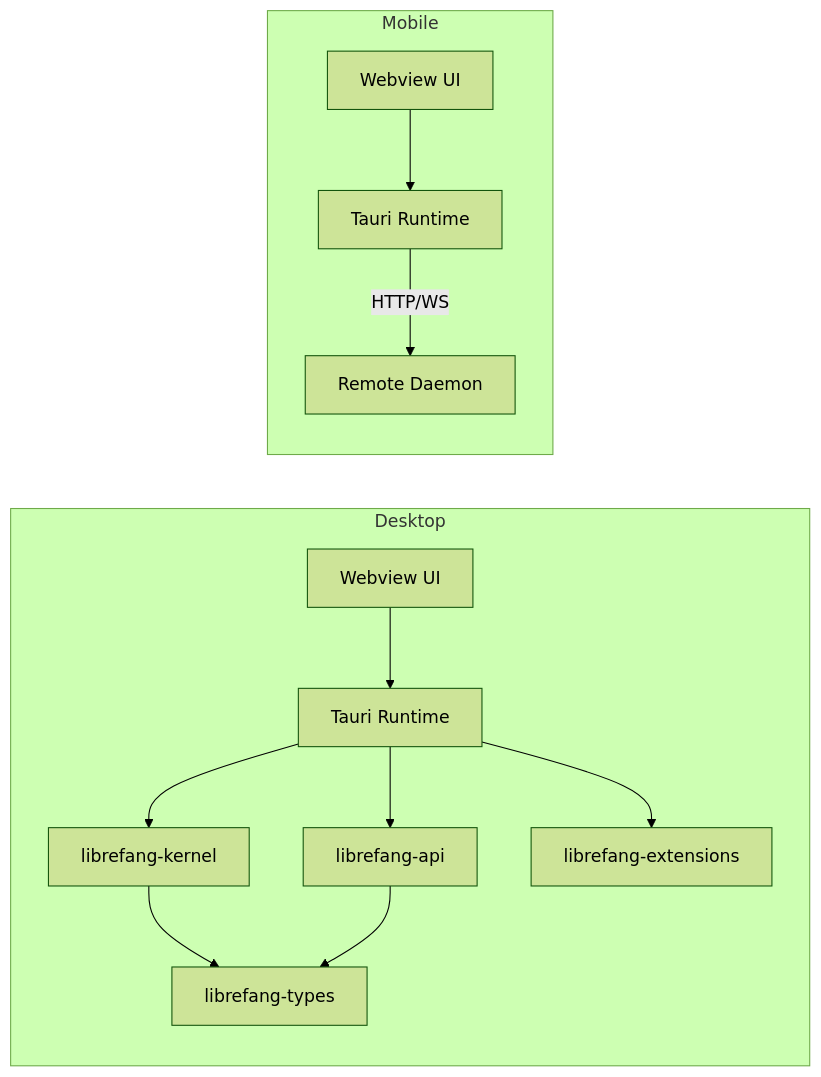
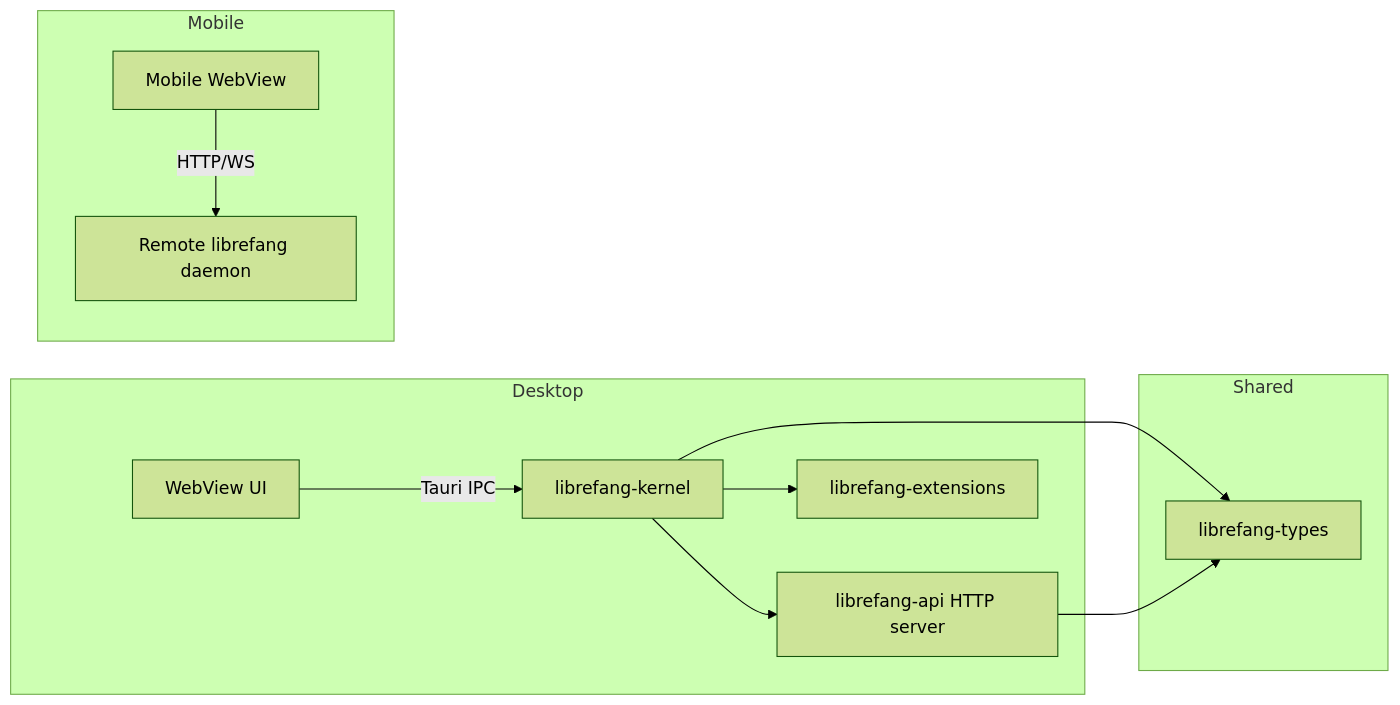
The diagram in other-librefang-desktop.md (leszek3737/librefang-WIki), drawn with Mermaid (forest theme) before and after one commit. The commit also changed other lines of this file and 99 other files, not shown here.

````diff
--- a/other-librefang-desktop.md
+++ b/other-librefang-desktop.md
@@ -9,15 +9,16 @@
 ```mermaid
 graph LR
     subgraph Desktop
-        UI[Webview UI] --> TK[Tauri Runtime]
-        TK --> Kernel[librefang-kernel]
-        TK --> API[librefang-api]
-        TK --> Ext[librefang-extensions]
-        Kernel --> Types[librefang-types]
-        API --> Types
+        UI[WebView UI] --> |Tauri IPC| Kernel[librefang-kernel]
+        Kernel --> API[librefang-api HTTP server]
+        Kernel --> Ext[librefang-extensions]
     end
     subgraph Mobile
-        MUI[Webview UI] --> MTK[Tauri Runtime]
-        MTK -->|HTTP/WS| Remote[Remote Daemon]
+        MUI[Mobile WebView] --> |HTTP/WS| Remote[Remote librefang daemon]
     end
+    subgraph Shared
+        Types[librefang-types]
+    end
+    Kernel --> Types
+    API --> Types
 ```
````
